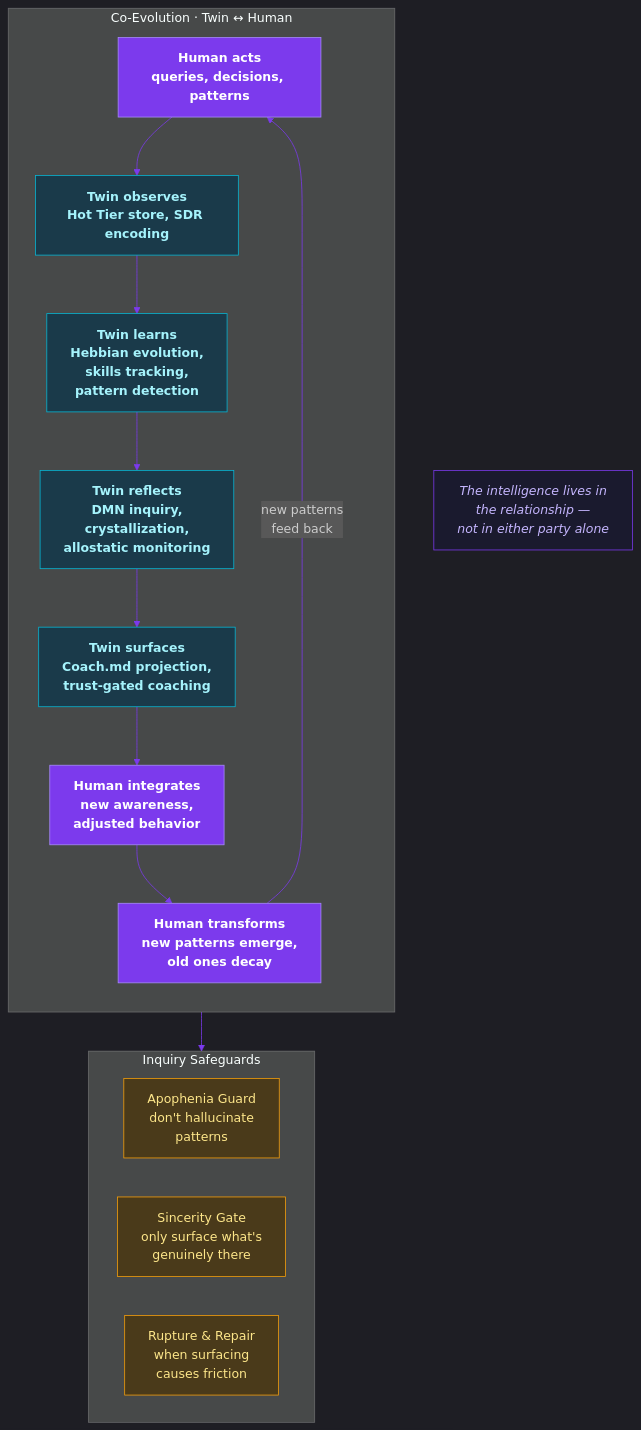
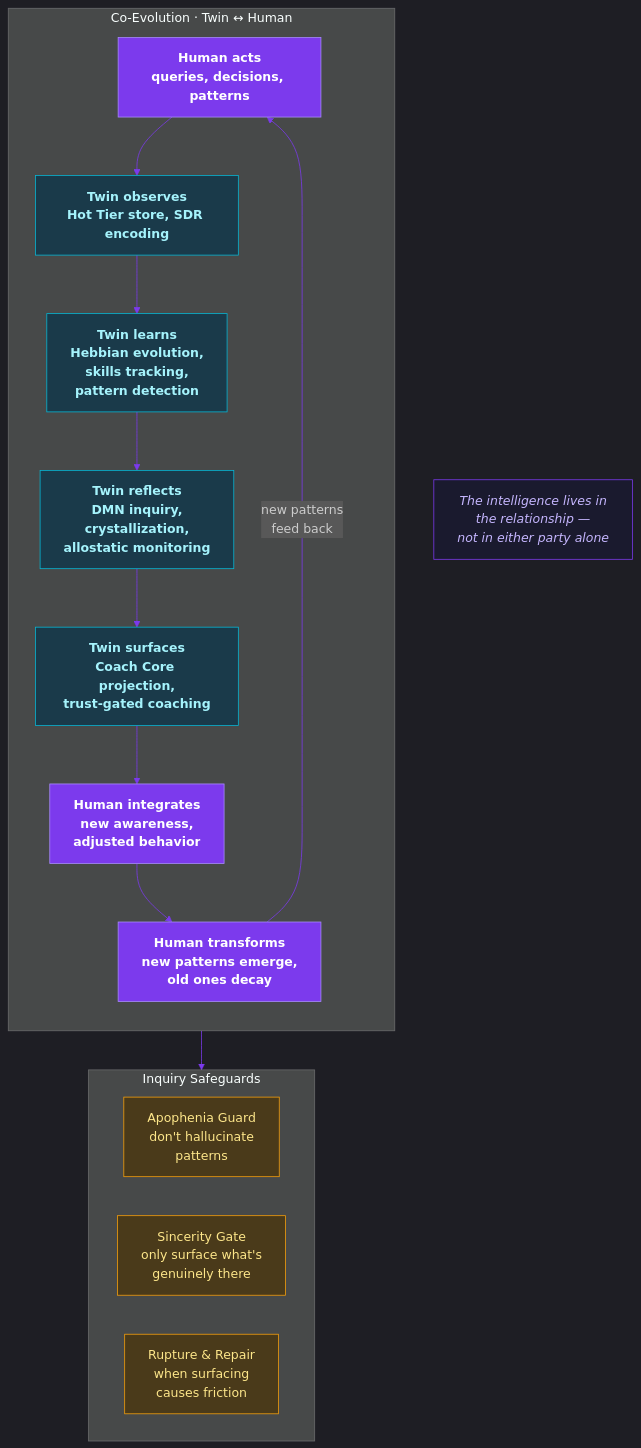
The sixth of 7 diagrams in README.md (JosephOIbrahim/Harlo), drawn with Mermaid before and after one commit. The commit also changed other lines of this file and 57 other files, not shown here.

First line of the commit message:
rename: Aletheia → Elenchus, Coach.md → Coach Core

````diff
--- a/README.md
+++ b/README.md
@@ -488,39 +488,39 @@
 ```mermaid
 %%{init: {'theme': 'dark', 'themeVariables': {'primaryColor': '#1a1a2e', 'primaryTextColor': '#e0e0e0', 'primaryBorderColor': '#7c3aed', 'lineColor': '#7c3aed'}}}%%
 graph TB
     subgraph CYCLE["Co-Evolution · Twin ↔ Human"]
         direction TB
 
         H1["Human acts\nqueries, decisions, patterns"]:::human
         T1["Twin observes\nHot Tier store, SDR encoding"]:::twin
         T2["Twin learns\nHebbian evolution,\nskills tracking,\npattern detection"]:::twin
         T3["Twin reflects\nDMN inquiry,\ncrystallization,\nallostatic monitoring"]:::twin
-        T4["Twin surfaces\nCoach.md projection,\ntrust-gated coaching"]:::twin
+        T4["Twin surfaces\nCoach Core projection,\ntrust-gated coaching"]:::twin
         H2["Human integrates\nnew awareness,\nadjusted behavior"]:::human
         H3["Human transforms\nnew patterns emerge,\nold ones decay"]:::human
 
         H1 --> T1
         T1 --> T2
         T2 --> T3
         T3 --> T4
         T4 --> H2
         H2 --> H3
         H3 -->|"new patterns\nfeed back"| H1
     end
 
     subgraph SAFEGUARDS["Inquiry Safeguards"]
         direction LR
         APOPH["Apophenia Guard\ndon't hallucinate\npatterns"]:::guard
         SINC["Sincerity Gate\nonly surface what's\ngenuinely there"]:::guard
         RUPTURE["Rupture & Repair\nwhen surfacing\ncauses friction"]:::guard
     end
 
     T3 --> SAFEGUARDS
 
     INTELLIGENCE["The intelligence lives in\nthe relationship —\nnot in either party alone"]:::philosophy
 
     classDef human fill:#7c3aed,stroke:#a78bfa,color:#fff,font-weight:bold
     classDef twin fill:#1a3a4a,stroke:#06b6d4,color:#a5f3fc,font-weight:bold
     classDef guard fill:#4a3a1a,stroke:#f59e0b,color:#fde68a
     classDef philosophy fill:#1a1a2e,stroke:#7c3aed,color:#c4b5fd,font-style:italic
 ```
````
